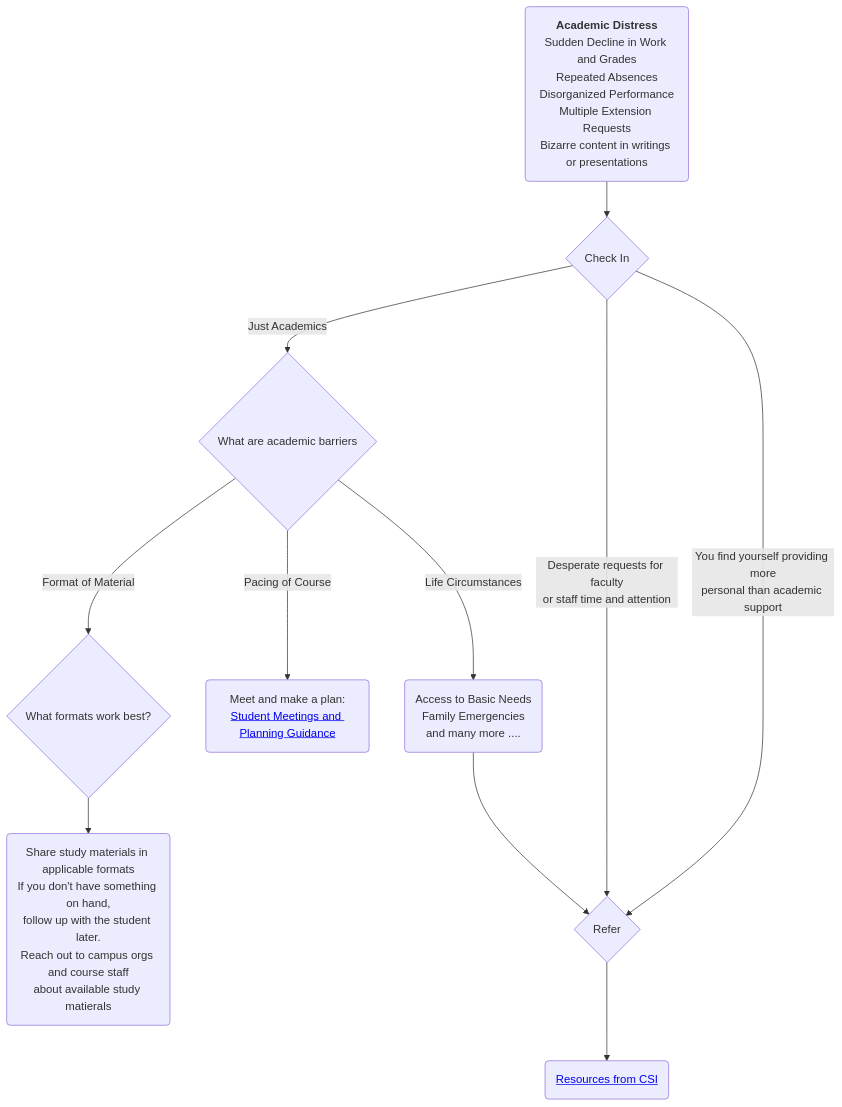
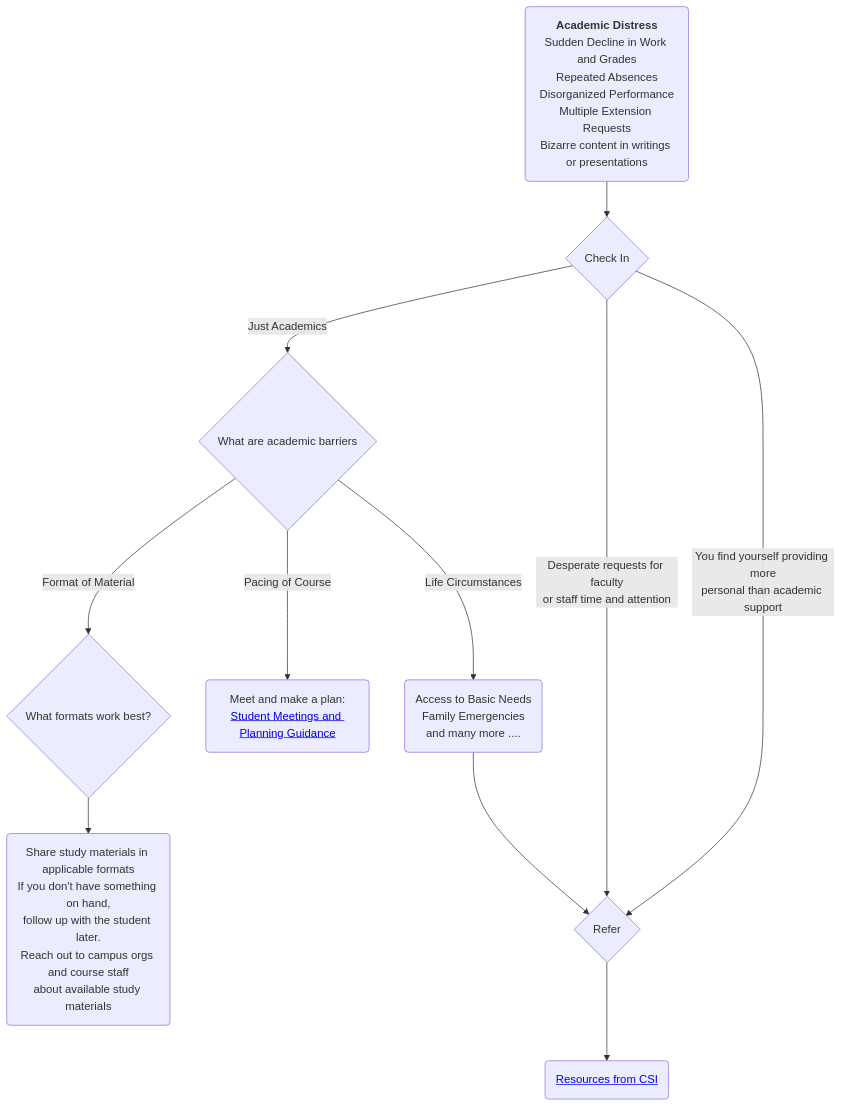
Before and after one commit to cs161-staff/pedagogy: the diagram in _posts/2022-07-07-student-support-flowchart.md, drawn with Mermaid. The commit also changed other lines of this file, not shown here.

Commit message:
Removed whitespace and checked semi colons

```diff
--- a/_posts/2022-07-07-student-support-flowchart.md
+++ b/_posts/2022-07-07-student-support-flowchart.md
@@ -13,20 +11,4 @@
 <div class="mermaid">
-graph TD; 
-A(<b>Academic Distress</b><br>Sudden Decline in Work and Grades<br>Repeated Absences<br>Disorganized Performance<br>Multiple Extension Requests<br>Bizarre content in writings or presentations);
-A--> B{Check In}; 
-
-B --> |Just Academics| C{What are academic barriers}; 
-G{Refer} --> I;
-B-->|Desperate requests for faculty<br>or staff time and attention| G; 
-B-->|You find yourself providing more<br>personal than academic support| G; 
-C -->|Format of Material| D{What formats work best?}; 
-D--> H; 
-H(Share study materials in applicable formats<br>If you don't have something on hand,<br>follow up with the student later.<br>Reach out to campus orgs and course staff<br>about available study matierals); 
-C -->|Pacing of Course| E;
-E(Meet and make a plan:<br><a href='https://pedagogy.cs161.org/2022/01/21/student-support-meetings-guidance/'>Student Meetings and Planning Guidance</a>);
-F(Access to Basic Needs<br>Family Emergencies<br>and many more ....);
-C -->|Life Circumstances| F;
-F --> G;
-I(<a href='https://csi.berkeley.edu/campus-community-resources/'>Resources from CSI</a>);
+graph TD;A(<b>Academic Distress</b><br>Sudden Decline in Work and Grades<br>Repeated Absences<br>Disorganized Performance<br>Multiple Extension Requests<br>Bizarre content in writings or presentations); A--> B{Check In}; B --> |Just Academics| C{What are academic barriers}; G{Refer} --> I; B-->|Desperate requests for faculty<br>or staff time and attention| G; B-->|You find yourself providing more<br>personal than academic support| G; C -->|Format of Material| D{What formats work best?}; D--> H; H(Share study materials in applicable formats<br>If you don't have something on hand,<br>follow up with the student later.<br>Reach out to campus orgs and course staff<br>about available study materials); C -->|Pacing of Course| E; E(Meet and make a plan:<br><a href='https://pedagogy.cs161.org/2022/01/21/student-support-meetings-guidance/'>Student Meetings and Planning Guidance</a>); F(Access to Basic Needs<br>Family Emergencies<br>and many more ....); C -->|Life Circumstances| F; F --> G; I(<a href='https://csi.berkeley.edu/campus-community-resources/'>Resources from CSI</a>);
 
 </div>
```
